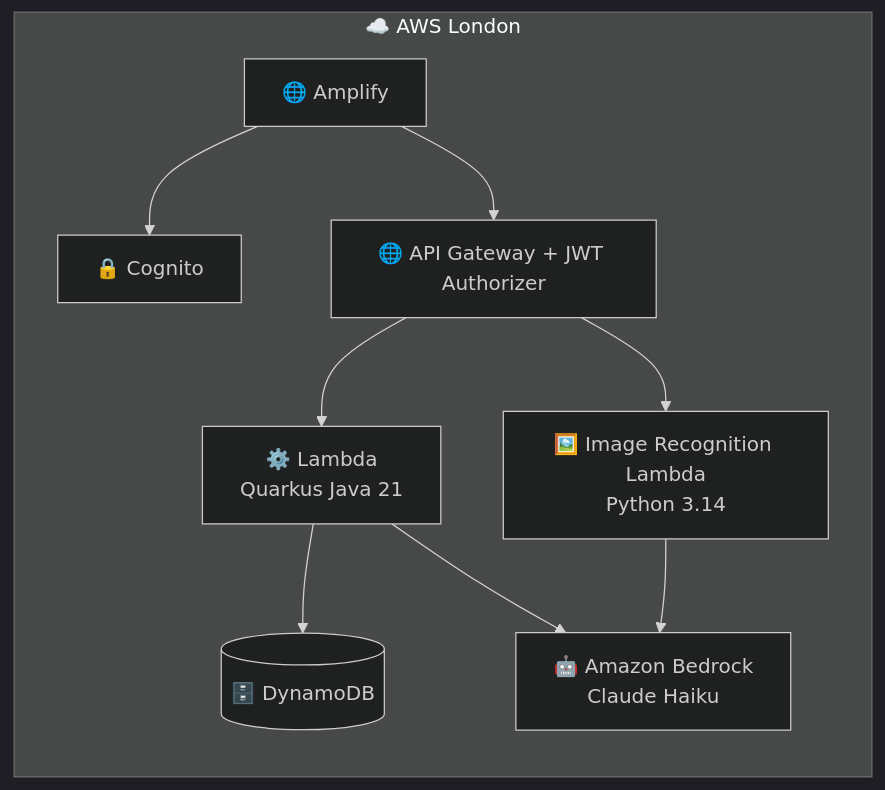
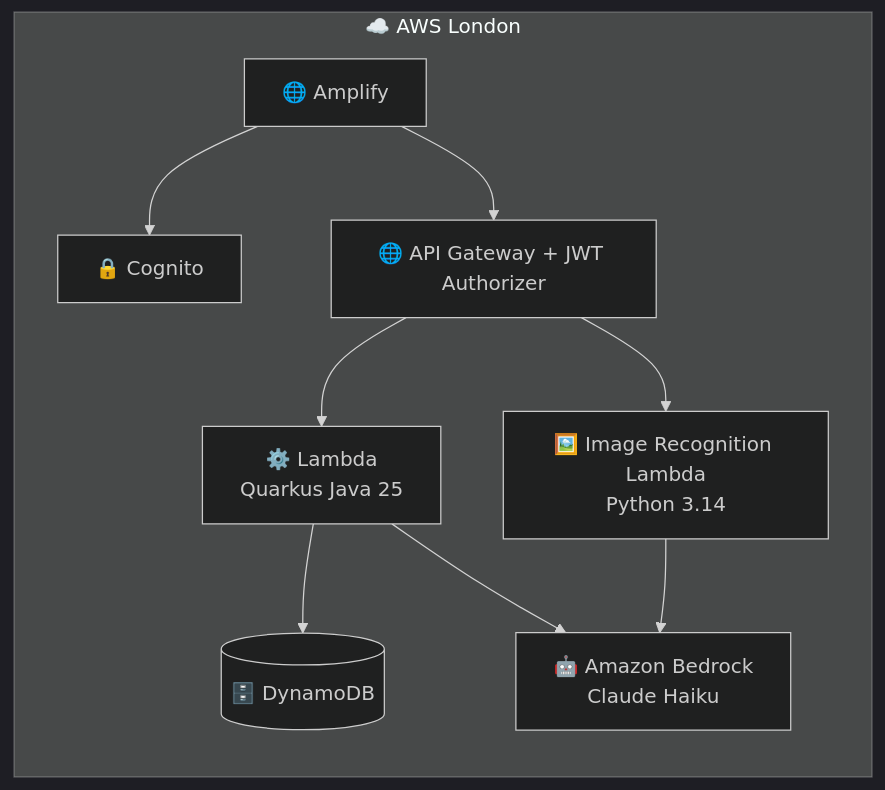
Before and after one commit to edoatley/sudoku-app: the diagram in README.md, drawn with Mermaid (dark theme). The commit also changed other lines of this file and 24 other files, not shown here.

````diff
--- a/README.md
+++ b/README.md
@@ -27,20 +27,20 @@
 ```mermaid
 flowchart LR
     subgraph aws["☁️ AWS London"]
         amplify["🌐 Amplify"]
         cognito["🔒 Cognito"]
         apigw["🌐 API Gateway + JWT Authorizer"]
-        lambda["⚙️ Lambda\nQuarkus Java 21"]
+        lambda["⚙️ Lambda\nQuarkus Java 25"]
         imgrec["🖼️ Image Recognition Lambda\nPython 3.14"]
         bedrock["🤖 Amazon Bedrock\nClaude Haiku"]
         dynamo[("🗄️ DynamoDB")]
     end
 
     amplify --> cognito
     amplify --> apigw
     apigw --> lambda
     apigw --> imgrec
     lambda --> dynamo
     lambda --> bedrock
     imgrec --> bedrock
 ```
````
